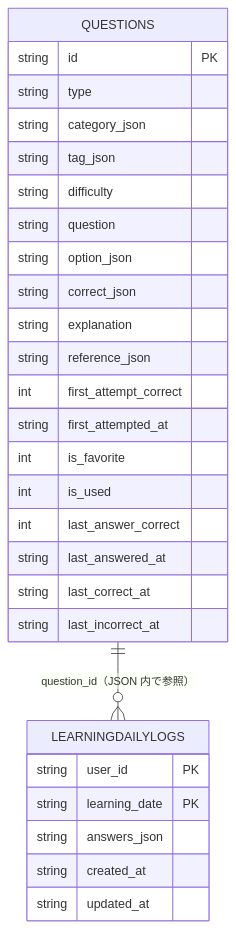
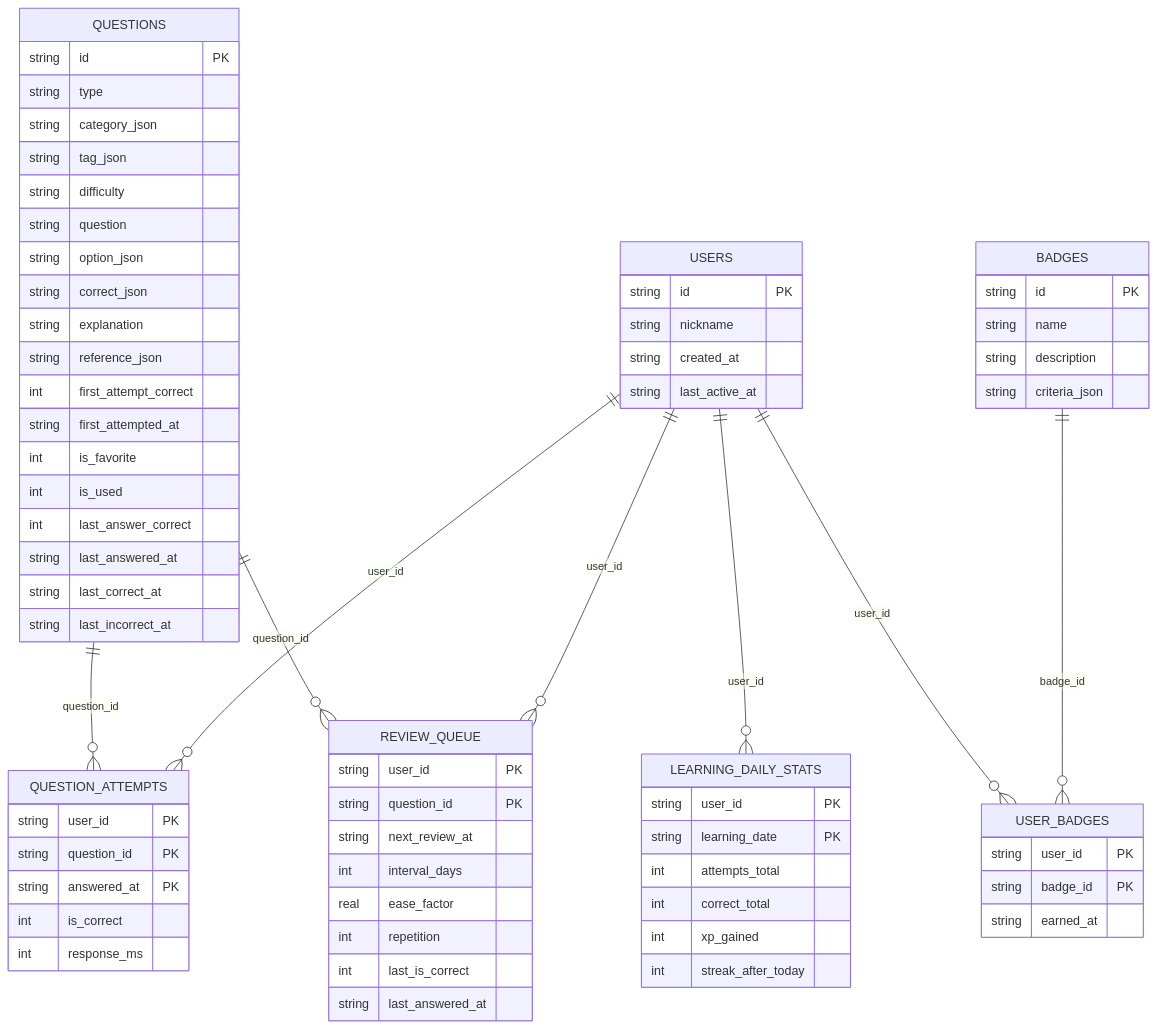
The diagram in docs/sqlite_schema.md (kokiSAT0/AnesQuizAdmin), drawn with Mermaid before and after one commit. The commit also changed other lines of this file and 3 other files, not shown here.

````diff
--- a/docs/sqlite_schema.md
+++ b/docs/sqlite_schema.md
@@ -3,34 +3,81 @@
 ```mermaid
 erDiagram
+    %% 既存テーブル
     QUESTIONS {
       string  id PK
       string  type
       string  category_json
       string  tag_json
       string  difficulty
       string  question
       string  option_json
       string  correct_json
       string  explanation
       string  reference_json
       int     first_attempt_correct
       string  first_attempted_at
       int     is_favorite
       int     is_used
       int     last_answer_correct
       string  last_answered_at
       string  last_correct_at
       string  last_incorrect_at
     }
 
-    LEARNINGDAILYLOGS {
+    %% 追加テーブル
+    USERS {
+      string  id PK
+      string  nickname
+      string  created_at
+      string  last_active_at
+    }
+
+    QUESTION_ATTEMPTS {
+      string  user_id PK
+      string  question_id PK
+      string  answered_at PK
+      int     is_correct
+      int     response_ms
+    }
+
+    REVIEW_QUEUE {
+      string  user_id PK
+      string  question_id PK
+      string  next_review_at
+      int     interval_days
+      real    ease_factor
+      int     repetition
+      int     last_is_correct
+      string  last_answered_at
+    }
+
+    LEARNING_DAILY_STATS {
       string  user_id PK
       string  learning_date PK
-      string  answers_json
-      string  created_at
-      string  updated_at
+      int     attempts_total
+      int     correct_total
+      int     xp_gained
+      int     streak_after_today
     }
 
-    QUESTIONS ||--o{ LEARNINGDAILYLOGS : "question_id（JSON 内で参照）"
+    BADGES {
+      string  id PK
+      string  name
+      string  description
+      string  criteria_json
+    }
 
+    USER_BADGES {
+      string  user_id PK
+      string  badge_id PK
+      string  earned_at
+    }
+
+    QUESTIONS ||--o{ QUESTION_ATTEMPTS : question_id
+    QUESTIONS ||--o{ REVIEW_QUEUE : question_id
+    USERS ||--o{ QUESTION_ATTEMPTS : user_id
+    USERS ||--o{ REVIEW_QUEUE : user_id
+    USERS ||--o{ LEARNING_DAILY_STATS : user_id
+    USERS ||--o{ USER_BADGES : user_id
+    BADGES ||--o{ USER_BADGES : badge_id
 ```
````
